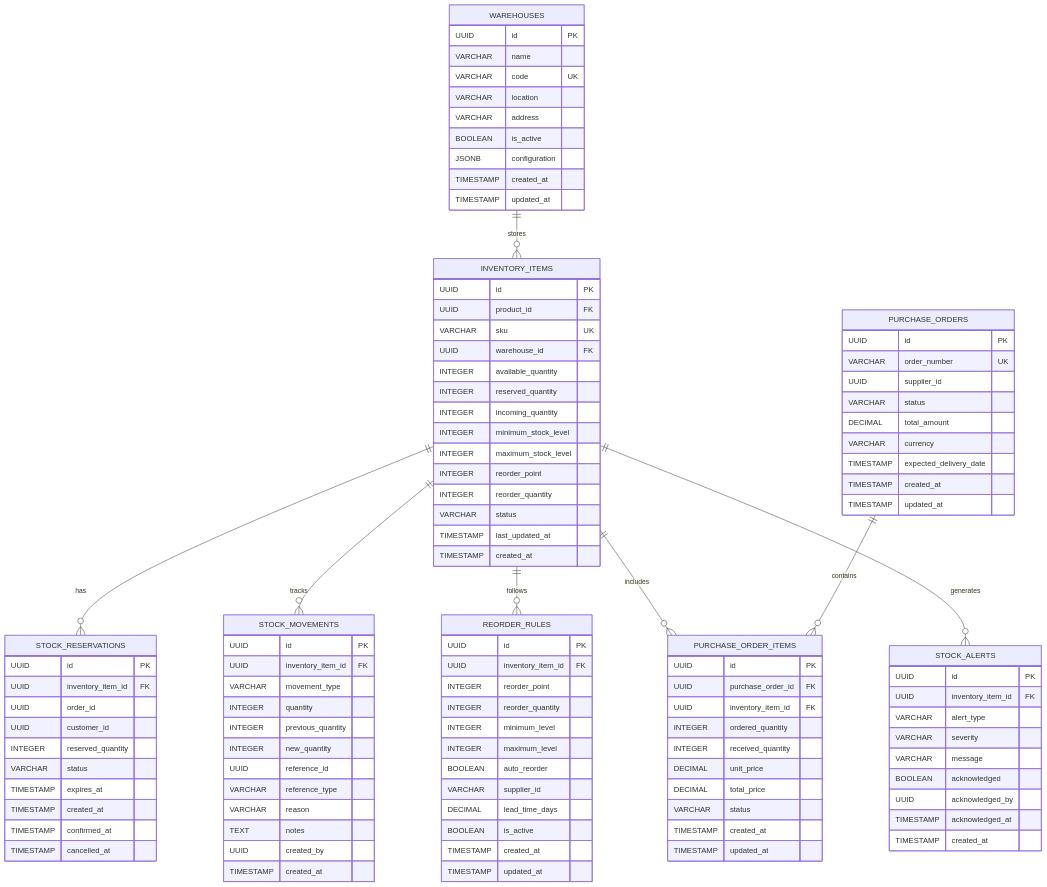
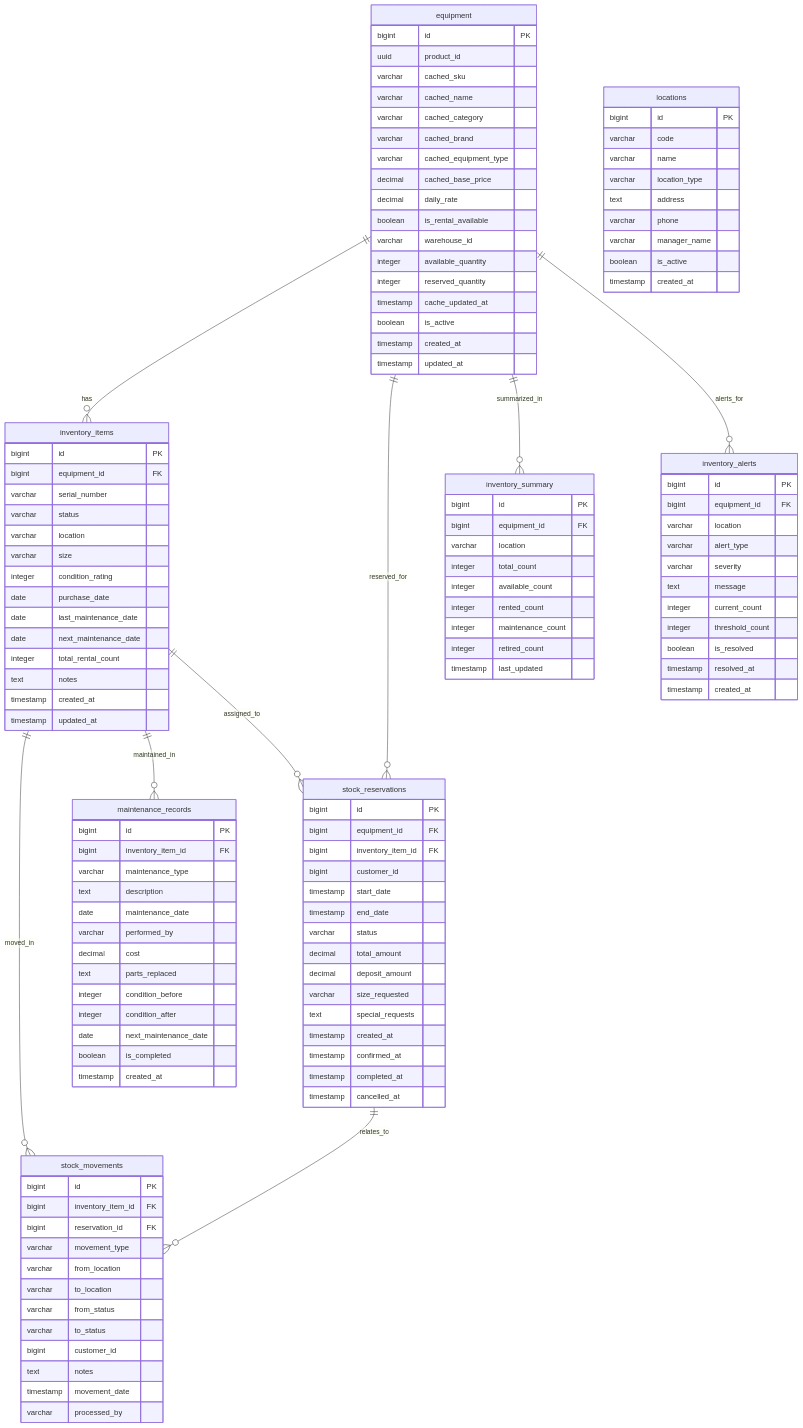
One commit to bbenz/AI-Driven-Ski-Shop-Dev-with-Jakarta-EE changed the eighth of 8 diagrams in design-docs/05-inventory-management-service.md. Above: the diagram before and after it, drawn with Mermaid. The commit also changed other lines of this file and 32 other files, not shown here.

````diff
--- a/design-docs/05-inventory-management-service.md
+++ b/design-docs/05-inventory-management-service.md
@@ -1667,119 +375,135 @@
 ```mermaid
 erDiagram
-    INVENTORY_ITEMS {
-        UUID id PK
-        UUID product_id FK
-        VARCHAR sku UK
-        UUID warehouse_id FK
-        INTEGER available_quantity
-        INTEGER reserved_quantity
-        INTEGER incoming_quantity
-        INTEGER minimum_stock_level
-        INTEGER maximum_stock_level
-        INTEGER reorder_point
-        INTEGER reorder_quantity
-        VARCHAR status
-        TIMESTAMP last_updated_at
-        TIMESTAMP created_at
+    equipment {
+        bigint id PK
+        uuid product_id
+        varchar cached_sku
+        varchar cached_name
+        varchar cached_category
+        varchar cached_brand
+        varchar cached_equipment_type
+        decimal cached_base_price
+        decimal daily_rate
+        boolean is_rental_available
+        varchar warehouse_id
+        integer available_quantity
+        integer reserved_quantity
+        timestamp cache_updated_at
+        boolean is_active
+        timestamp created_at
+        timestamp updated_at
     }
     
-    WAREHOUSES {
-        UUID id PK
-        VARCHAR name
-        VARCHAR code UK
-        VARCHAR location
-        VARCHAR address
-        BOOLEAN is_active
-        JSONB configuration
-        TIMESTAMP created_at
-        TIMESTAMP updated_at
+    inventory_items {
+        bigint id PK
+        bigint equipment_id FK
+        varchar serial_number
+        varchar status
+        varchar location
+        varchar size
+        integer condition_rating
+        date purchase_date
+        date last_maintenance_date
+        date next_maintenance_date
+        integer total_rental_count
+        text notes
+        timestamp created_at
+        timestamp updated_at
     }
     
-    STOCK_RESERVATIONS {
-        UUID id PK
-        UUID inventory_item_id FK
-        UUID order_id
-        UUID customer_id
-        INTEGER reserved_quantity
-        VARCHAR status
-        TIMESTAMP expires_at
-        TIMESTAMP created_at
-        TIMESTAMP confirmed_at
-        TIMESTAMP cancelled_at
+    stock_reservations {
+        bigint id PK
+        bigint equipment_id FK
+        bigint inventory_item_id FK
+        bigint customer_id
+        timestamp start_date
+        timestamp end_date
+        varchar status
+        decimal total_amount
+        decimal deposit_amount
+        varchar size_requested
+        text special_requests
+        timestamp created_at
+        timestamp confirmed_at
+        timestamp completed_at
+        timestamp cancelled_at
     }
     
-    STOCK_MOVEMENTS {
-        UUID id PK
-        UUID inventory_item_id FK
-        VARCHAR movement_type
-        INTEGER quantity
-        INTEGER previous_quantity
-        INTEGER new_quantity
-        UUID reference_id
-        VARCHAR reference_type
-        VARCHAR reason
-        TEXT notes
-        UUID created_by
-        TIMESTAMP created_at
+    stock_movements {
+        bigint id PK
+        bigint inventory_item_id FK
+        bigint reservation_id FK
+        varchar movement_type
+        varchar from_location
+        varchar to_location
+        varchar from_status
+        varchar to_status
+        bigint customer_id
+        text notes
+        timestamp movement_date
+        varchar processed_by
     }
     
-    REORDER_RULES {
-        UUID id PK
-        UUID inventory_item_id FK
-        INTEGER reorder_point
-        INTEGER reorder_quantity
-        INTEGER minimum_level
-        INTEGER maximum_level
-        BOOLEAN auto_reorder
-        VARCHAR supplier_id
-        DECIMAL lead_time_days
-        BOOLEAN is_active
-        TIMESTAMP created_at
-        TIMESTAMP updated_at
+    inventory_summary {
+        bigint id PK
+        bigint equipment_id FK
+        varchar location
+        integer total_count
+        integer available_count
+        integer rented_count
+        integer maintenance_count
+        integer retired_count
+        timestamp last_updated
     }
     
-    PURCHASE_ORDERS {
-        UUID id PK
-        VARCHAR order_number UK
-        UUID supplier_id
-        VARCHAR status
-        DECIMAL total_amount
-        VARCHAR currency
-        TIMESTAMP expected_delivery_date
-        TIMESTAMP created_at
-        TIMESTAMP updated_at
+    locations {
+        bigint id PK
+        varchar code
+        varchar name
+        varchar location_type
+        text address
+        varchar phone
+        varchar manager_name
+        boolean is_active
+        timestamp created_at
     }
     
-    PURCHASE_ORDER_ITEMS {
-        UUID id PK
-        UUID purchase_order_id FK
-        UUID inventory_item_id FK
-        INTEGER ordered_quantity
-        INTEGER received_quantity
-        DECIMAL unit_price
-        DECIMAL total_price
-        VARCHAR status
-        TIMESTAMP created_at
-        TIMESTAMP updated_at
+    maintenance_records {
+        bigint id PK
+        bigint inventory_item_id FK
+        varchar maintenance_type
+        text description
+        date maintenance_date
+        varchar performed_by
+        decimal cost
+        text parts_replaced
+        integer condition_before
+        integer condition_after
+        date next_maintenance_date
+        boolean is_completed
+        timestamp created_at
     }
     
-    STOCK_ALERTS {
-        UUID id PK
-        UUID inventory_item_id FK
-        VARCHAR alert_type
-        VARCHAR severity
-        VARCHAR message
-        BOOLEAN acknowledged
-        UUID acknowledged_by
-        TIMESTAMP acknowledged_at
-        TIMESTAMP created_at
+    inventory_alerts {
+        bigint id PK
+        bigint equipment_id FK
+        varchar location
+        varchar alert_type
+        varchar severity
+        text message
+        integer current_count
+        integer threshold_count
+        boolean is_resolved
+        timestamp resolved_at
+        timestamp created_at
     }
     
-    INVENTORY_ITEMS ||--o{ STOCK_RESERVATIONS : "has"
-    INVENTORY_ITEMS ||--o{ STOCK_MOVEMENTS : "tracks"
-    INVENTORY_ITEMS ||--o{ REORDER_RULES : "follows"
-    INVENTORY_ITEMS ||--o{ PURCHASE_ORDER_ITEMS : "includes"
-    INVENTORY_ITEMS ||--o{ STOCK_ALERTS : "generates"
-    WAREHOUSES ||--o{ INVENTORY_ITEMS : "stores"
-    PURCHASE_ORDERS ||--o{ PURCHASE_ORDER_ITEMS : "contains"
+    equipment ||--o{ inventory_items : "has"
+    equipment ||--o{ stock_reservations : "reserved_for"
+    equipment ||--o{ inventory_summary : "summarized_in"
+    equipment ||--o{ inventory_alerts : "alerts_for"
+    inventory_items ||--o{ stock_movements : "moved_in"
+    inventory_items ||--o{ maintenance_records : "maintained_in"
+    stock_reservations ||--o{ stock_movements : "relates_to"
+    inventory_items ||--o{ stock_reservations : "assigned_to"
 ```
````
